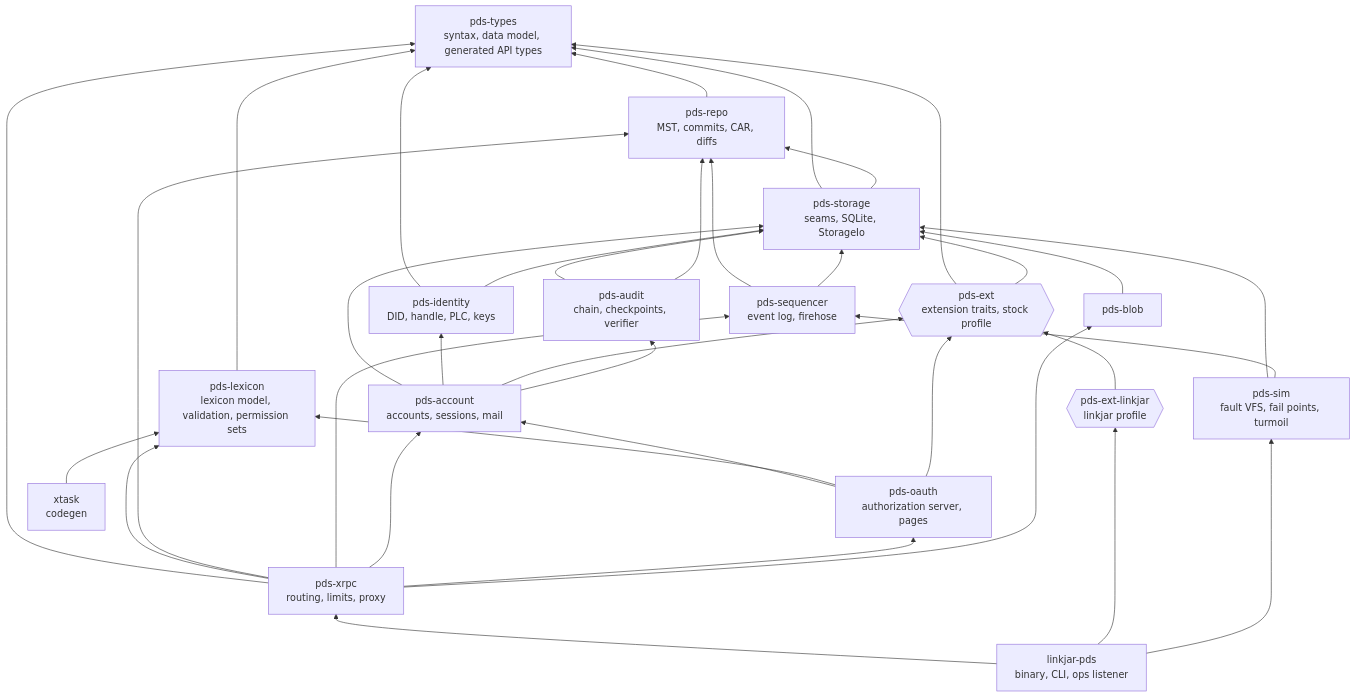
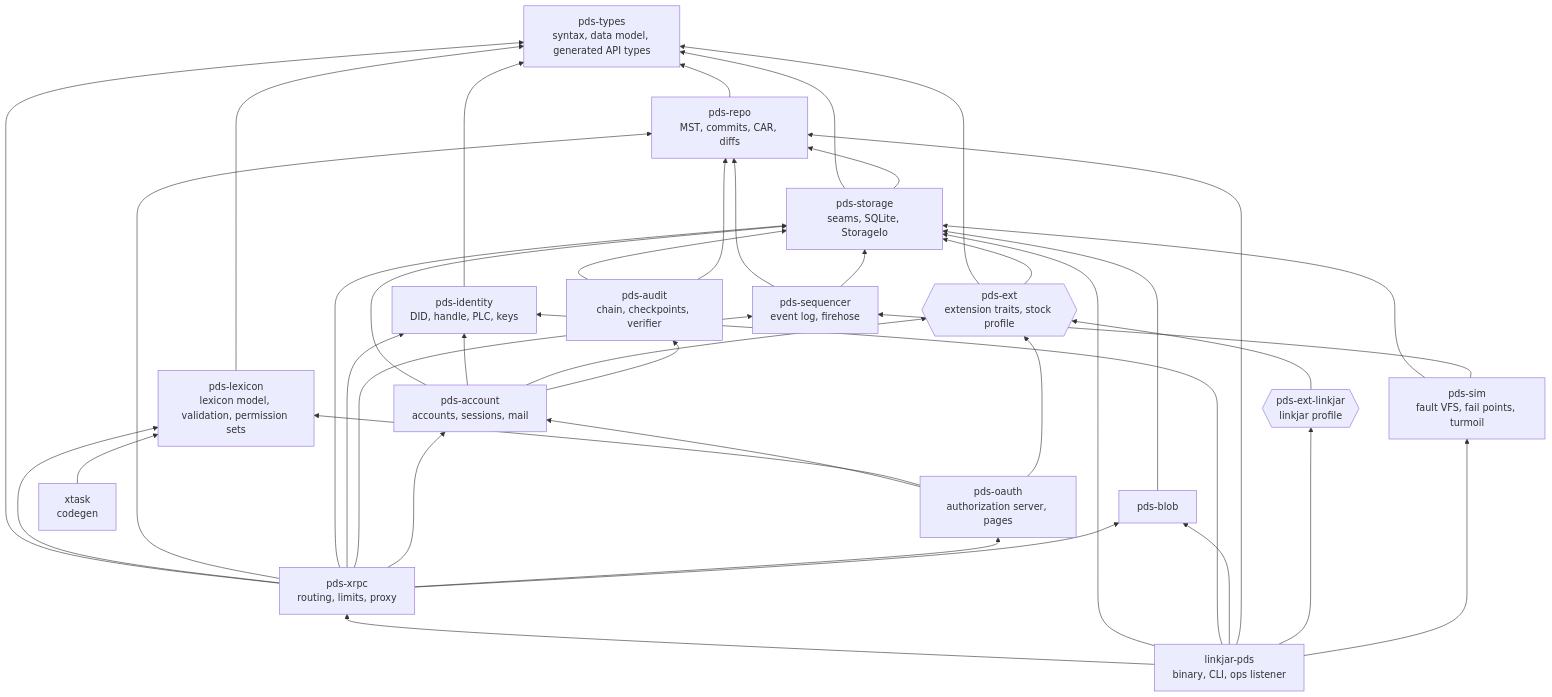
Before and after one commit to linkjar/pds: the diagram in docs/architecture/diagrams/03-crates.mmd, drawn with Mermaid. The commit also changed 17 other files, not shown here.

```diff
--- a/docs/architecture/diagrams/03-crates.mmd
+++ b/docs/architecture/diagrams/03-crates.mmd
@@ -1,32 +1,32 @@
 flowchart BT
   types[pds-types<br/>syntax, data model, generated API types]
   lexicon[pds-lexicon<br/>lexicon model, validation, permission sets]
   repo[pds-repo<br/>MST, commits, CAR, diffs]
   storage[pds-storage<br/>seams, SQLite, StorageIo]
   blob[pds-blob]
   identity[pds-identity<br/>DID, handle, PLC, keys]
   sequencer[pds-sequencer<br/>event log, firehose]
   account[pds-account<br/>accounts, sessions, mail]
   oauth[pds-oauth<br/>authorization server, pages]
   audit[pds-audit<br/>chain, checkpoints, verifier]
   xrpc[pds-xrpc<br/>routing, limits, proxy]
   ext{{pds-ext<br/>extension traits, stock profile}}
   linkjar{{pds-ext-linkjar<br/>linkjar profile}}
   sim[pds-sim<br/>fault VFS, fail points, turmoil]
   bin[linkjar-pds<br/>binary, CLI, ops listener]
   xtask[xtask<br/>codegen]
   lexicon --> types
   repo --> types
   storage --> types & repo
   blob --> storage
-  identity --> types & storage
+  identity --> types
   sequencer --> repo & storage
   account --> storage & identity & ext & audit
   oauth --> account & lexicon & ext
   audit --> storage & repo
-  xrpc --> types & lexicon & repo & sequencer & account & oauth & blob
+  xrpc --> types & lexicon & repo & storage & identity & sequencer & account & oauth & blob
   ext --> types & storage
   linkjar --> ext
   sim --> storage & sequencer
-  bin --> xrpc & linkjar & sim
+  bin --> xrpc & storage & identity & blob & repo & linkjar & sim
   xtask --> lexicon
```
